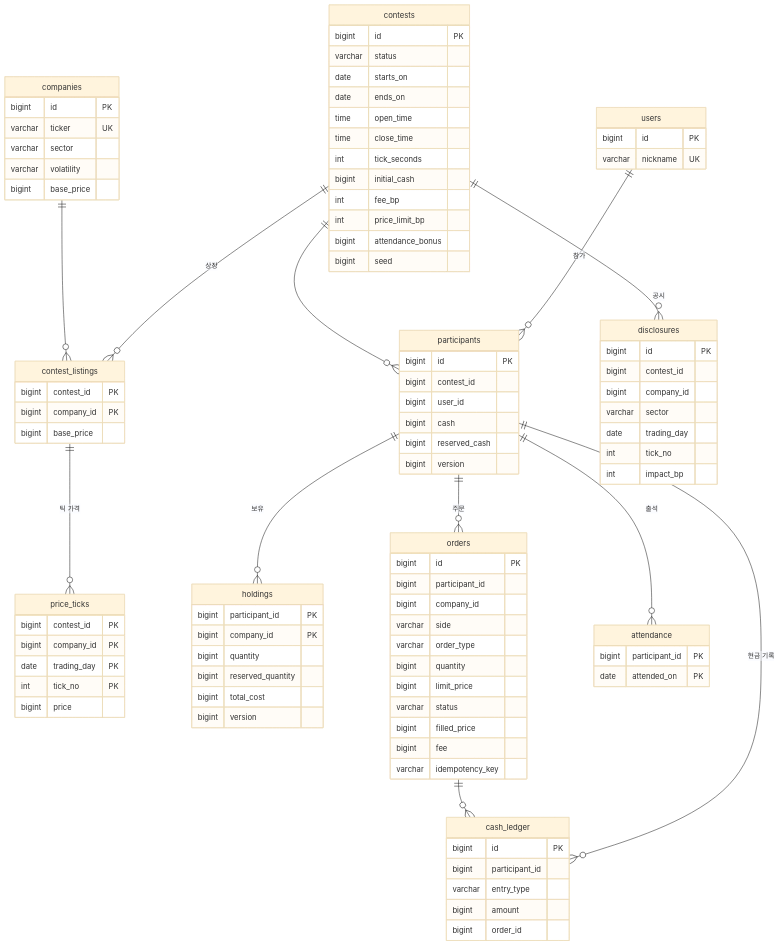
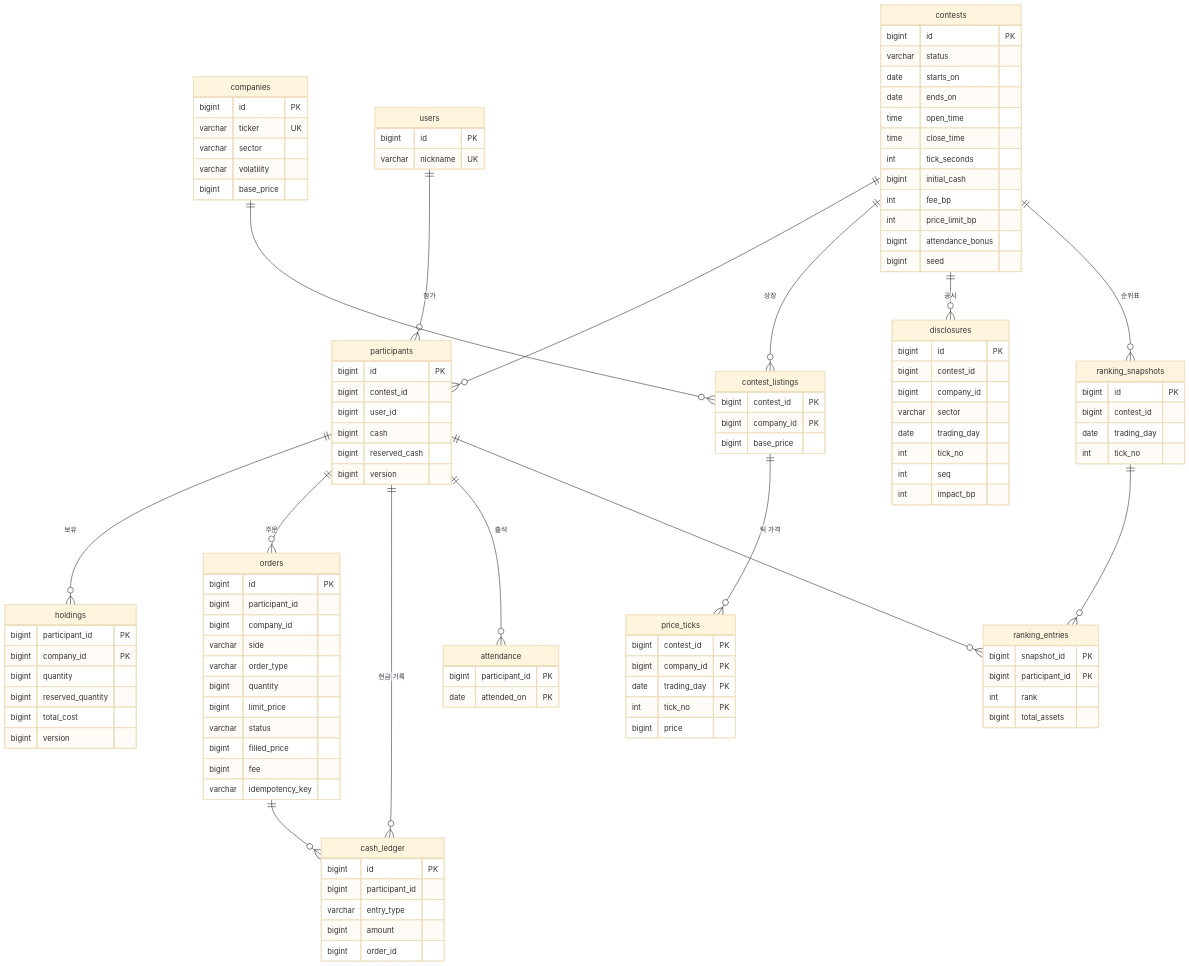
The diagram in docs/03-ERD.md (JeffKM/mock-invest-league-api), drawn with Mermaid (base theme) before and after one commit. The commit also changed other lines of this file and 29 other files, not shown here.

````diff
--- a/docs/03-ERD.md
+++ b/docs/03-ERD.md
@@ -15,6 +15,9 @@
   participants ||--o{ cash_ledger : "현금 기록"
   participants ||--o{ attendance : "출석"
   orders ||--o{ cash_ledger : ""
+  contests ||--o{ ranking_snapshots : "순위표"
+  ranking_snapshots ||--o{ ranking_entries : ""
+  participants ||--o{ ranking_entries : ""
 
   users { bigint id PK
     varchar nickname UK }
@@ -49,6 +52,7 @@
     varchar sector
     date trading_day
     int tick_no
+    int seq
     int impact_bp }
   participants { bigint id PK
     bigint contest_id
@@ -80,4 +84,12 @@
     bigint order_id }
   attendance { bigint participant_id PK
     date attended_on PK }
+  ranking_snapshots { bigint id PK
+    bigint contest_id
+    date trading_day
+    int tick_no }
+  ranking_entries { bigint snapshot_id PK
+    bigint participant_id PK
+    int rank
+    bigint total_assets }
 ```
````
